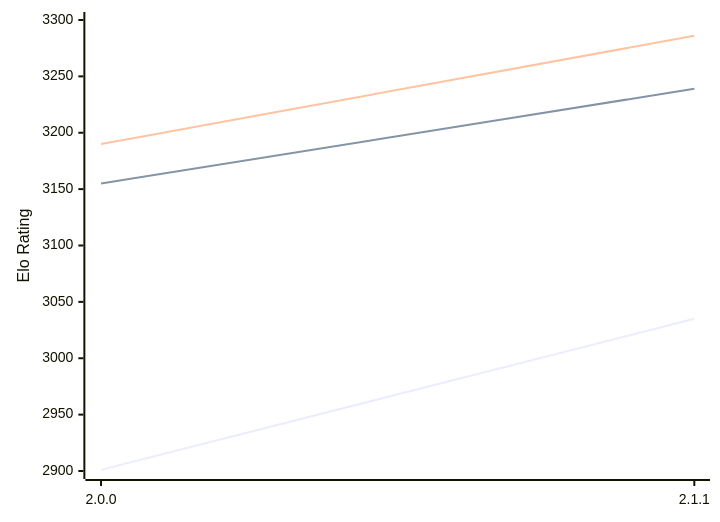
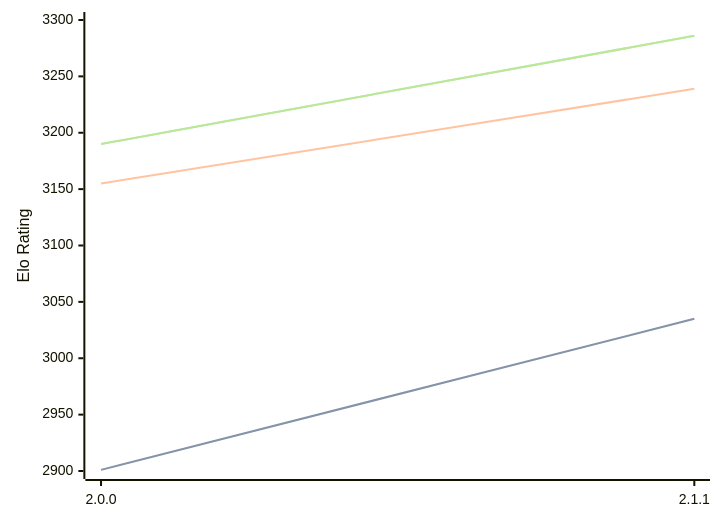
One commit to computer-chess-index/cci changed the diagram in engines/Bread.md. Above: the diagram before and after it, drawn with Mermaid. The commit also changed other lines of this file, not shown here.

Commit message:
Update CCI Ratings (ELO VLTC) - 2026-02-13

````diff
--- a/engines/Bread.md
+++ b/engines/Bread.md
@@ -47,9 +47,11 @@
 ```mermaid
 %%{init: {"theme":"base","themeVariables":{"seriesColors:['#a3a3a3','#222221','#faa371']}}}%%
 xychart-beta
   x-axis ["2.0.0", "2.1.1"]
   y-axis "Elo Rating" 2900 --> 3300
   line "STC (8.0+0.08s)" [2901, 3035]
+  line "STC (8.0+0.08s)" [2901, 3035]
   line "LTC (60.0+0.60s)" [3155, 3239]
   line "VLTC (2m24s+1.12s)" [3190, 3286]
+  line "VLTC (2m24s+1.12s)" [3190, 3286]
 ```
````
